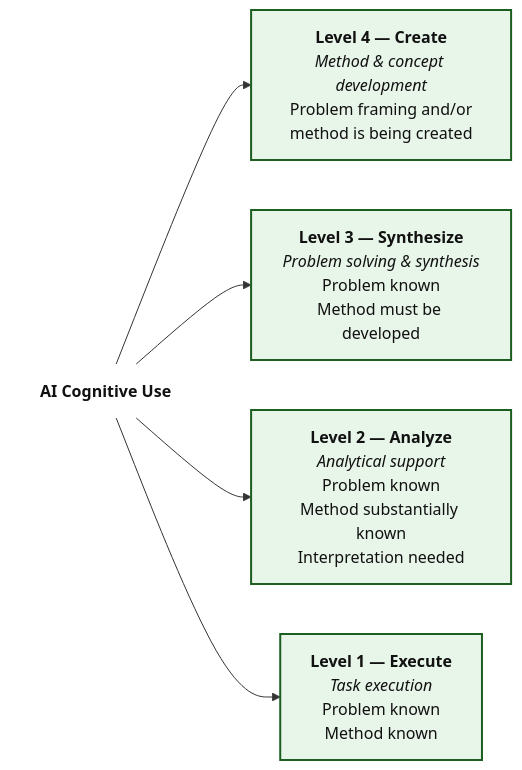
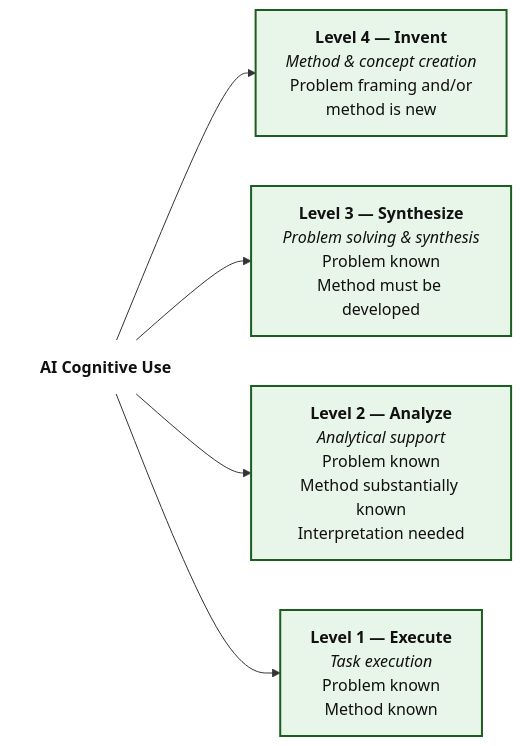
One commit to Tellusant/docs changed the diagram in articles-posts/ai-cognitive-uses.md. Above: the diagram before and after it, drawn with Mermaid. The commit also changed other lines of this file, not shown here.

```diff
--- a/articles-posts/ai-cognitive-uses.md
+++ b/articles-posts/ai-cognitive-uses.md
@@ -14,39 +18,39 @@
 <div class="mermaid">
   
 flowchart LR
 %%{init: {'themeVariables': { 'fontFamily': 'Arial'}}}%%
 
 AI["`**AI Cognitive Use**`"]:::none
 
-L4["`**Level 4 — Create**
-*Method & concept development*
+L4["`**Level 4 — Invent**
+*Method & concept creation*
 Problem framing and/or
-method is being created`"]:::strong
+method is new`"]:::strong
 
 L3["`**Level 3 — Synthesize**
 *Problem solving & synthesis*
 Problem known
 Method must be developed`"]:::strong
 
 L2["`**Level 2 — Analyze**
 *Analytical support*
 Problem known
 Method substantially known
 Interpretation needed`"]:::strong
 
 L1["`**Level 1 — Execute**
 *Task execution*
 Problem known
 Method known`"]:::strong
 
 AI --> L4
 AI --> L3
 AI --> L2
 AI --> L1
 
 %% ========= STYLES =========
 
 classDef strong fill:#E8F5E9,stroke:#1B5E20,stroke-width:2px,color:#111;
 classDef none fill:transparent,stroke:transparent,color:#111;
 
 </div>
```
